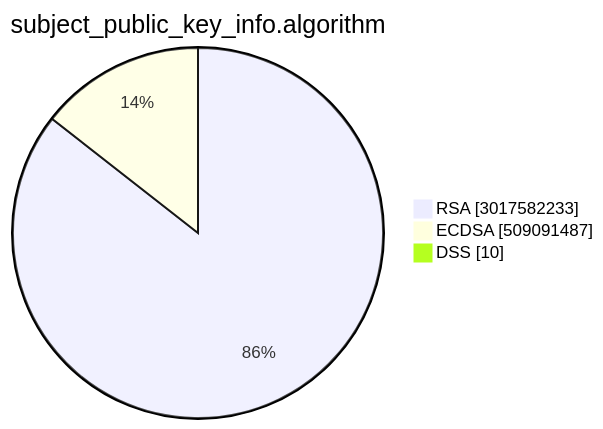
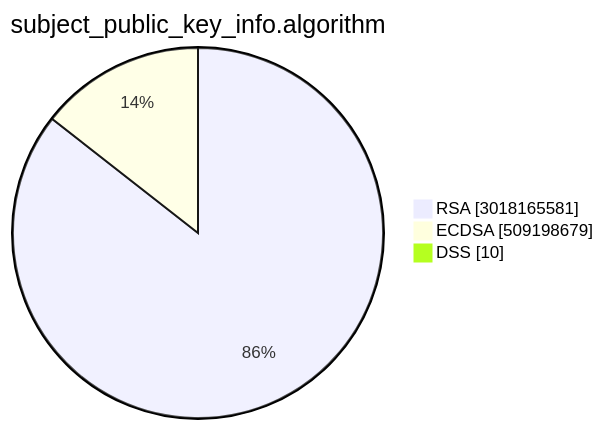
The second of 15 diagrams in TOTAL/README.md (christiankrug/ctmonitor_visualization), drawn with Mermaid before and after one commit. The commit also changed other lines of this file, not shown here.

````diff
--- a/TOTAL/README.md
+++ b/TOTAL/README.md
@@ -6,7 +6,7 @@
 ```mermaid
 pie showData
 title subject_public_key_info.algorithm
-"RSA" :3017582233
-"ECDSA" :509091487
+"RSA" :3018165581
+"ECDSA" :509198679
 "DSS" :10
 ```
````
